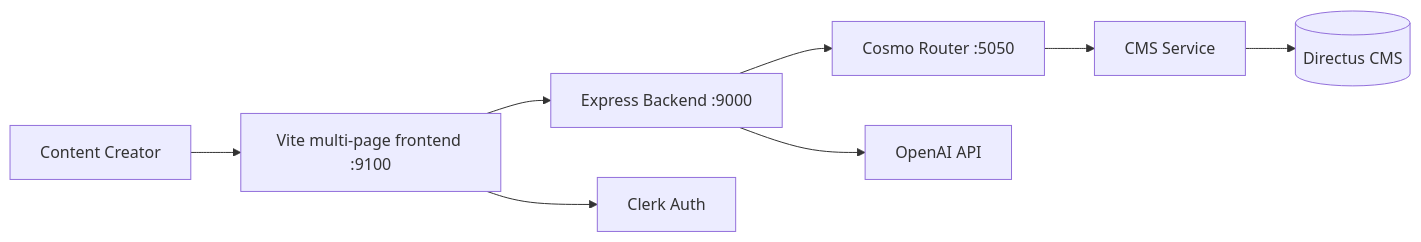
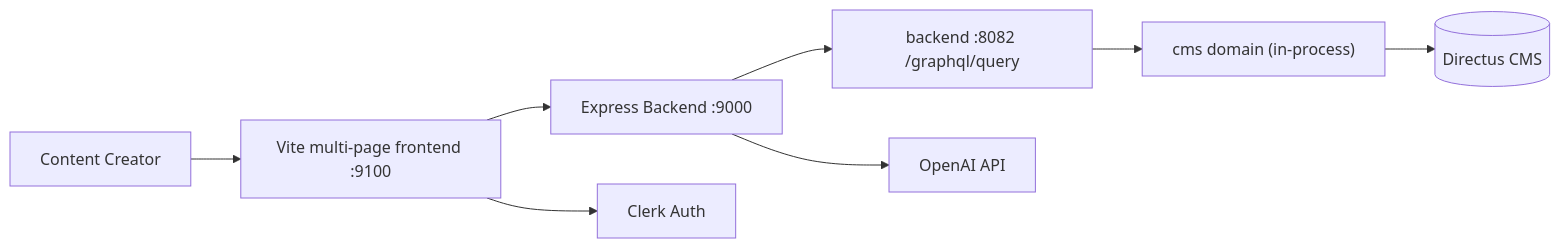
One commit to anthropos-work/rosetta changed the diagram in corpus/services/studio-desk.md. Above: the diagram before and after it, drawn with Mermaid. The commit also changed other lines of this file and 37 other files, not shown here.

````diff
--- a/corpus/services/studio-desk.md
+++ b/corpus/services/studio-desk.md
@@ -42,10 +42,10 @@
 ```mermaid
 graph LR
     User[Content Creator] --> Frontend[Vite multi-page frontend :9100]
     Frontend --> Backend[Express Backend :9000]
-    Backend --> GraphQL[Cosmo Router :5050]
+    Backend --> GraphQL["backend :8082 /graphql/query"]
     Backend --> OpenAI[OpenAI API]
     Frontend --> Clerk[Clerk Auth]
-    GraphQL --> CMS[CMS Service]
+    GraphQL --> CMS["cms domain (in-process)"]
     CMS --> Directus[(Directus CMS)]
 ```
````
